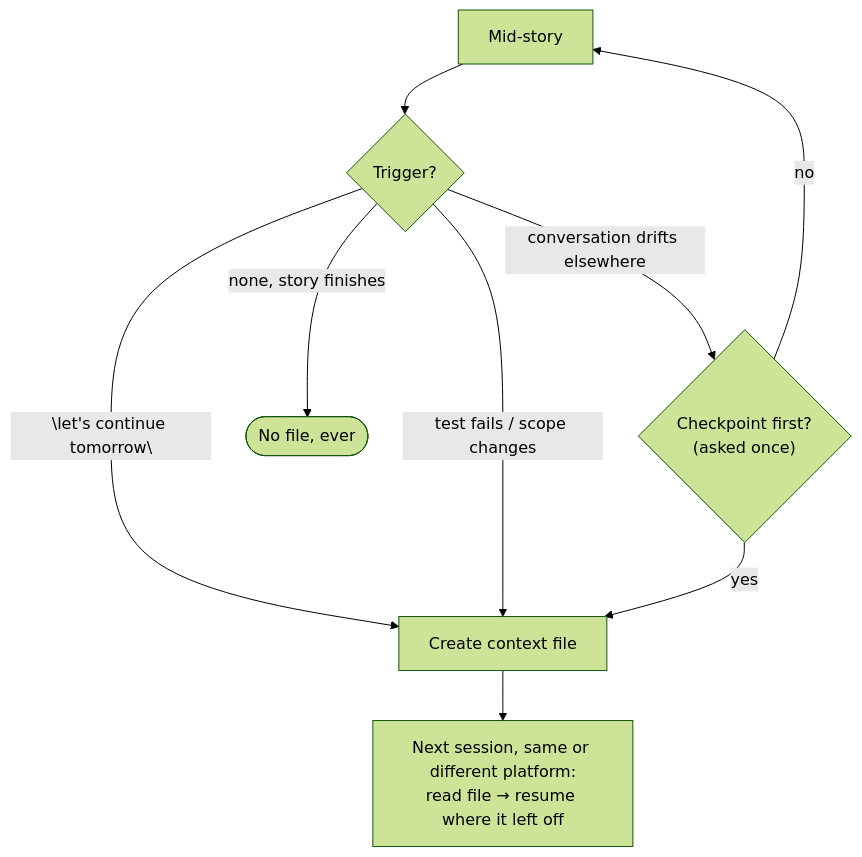
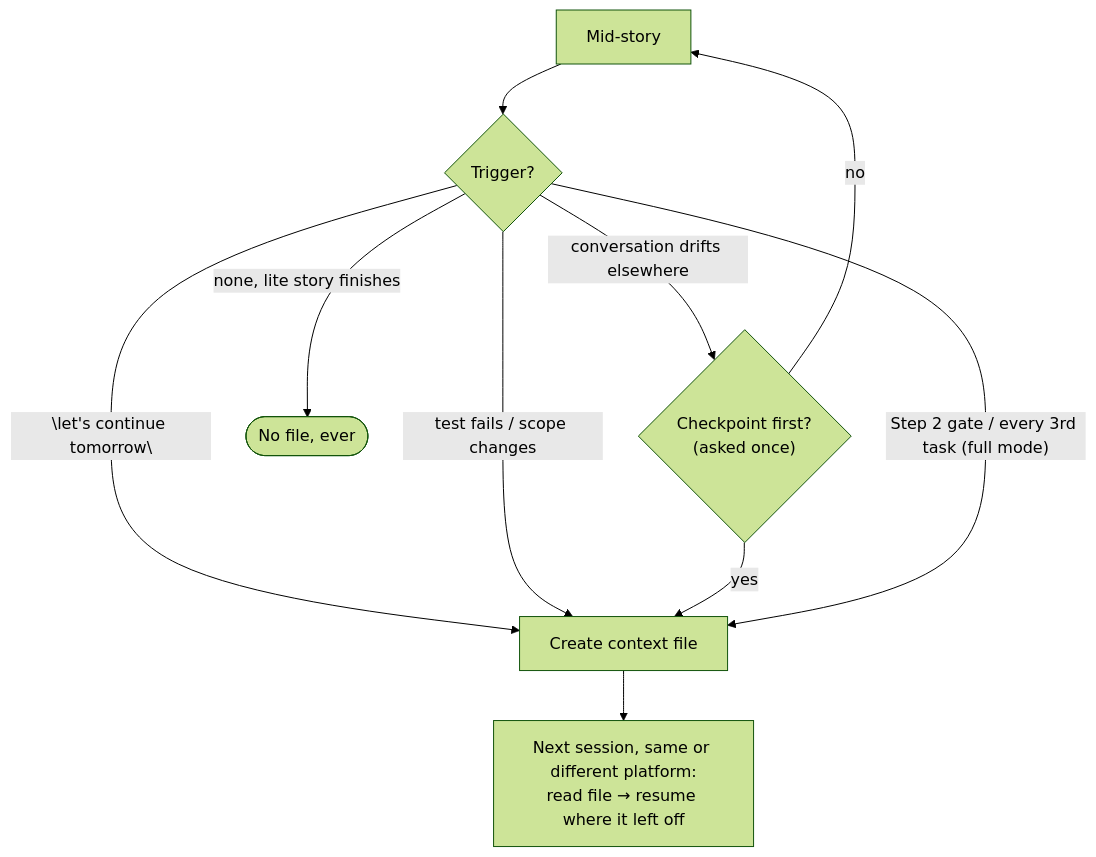
The second of 2 diagrams in README.md (alias01/breadcrumbs), drawn with Mermaid (forest theme) before and after one commit. The commit also changed other lines of this file and 14 other files, not shown here.

````diff
--- a/README.md
+++ b/README.md
@@ -48,12 +48,13 @@
 ```mermaid
 flowchart TD
     W[Mid-story] --> Trig{Trigger?}
     Trig -- "\"let's continue tomorrow\"" --> C[Create context file]
     Trig -- "test fails / scope changes" --> C
     Trig -- "conversation drifts elsewhere" --> Ask{"Checkpoint first?<br/>(asked once)"}
     Ask -- yes --> C
     Ask -- no --> W
-    Trig -- none, story finishes --> None([No file, ever])
+    Trig -- "Step 2 gate / every 3rd task (full mode)" --> C
+    Trig -- none, lite story finishes --> None([No file, ever])
 
     C --> R["Next session, same or different platform:<br/>read file → resume where it left off"]
 ```
````
